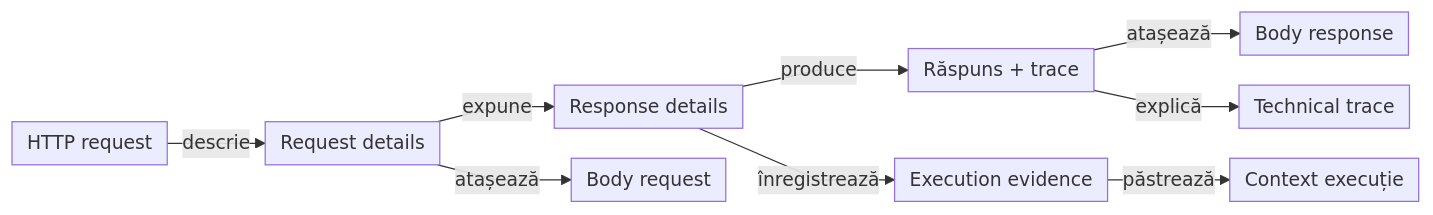
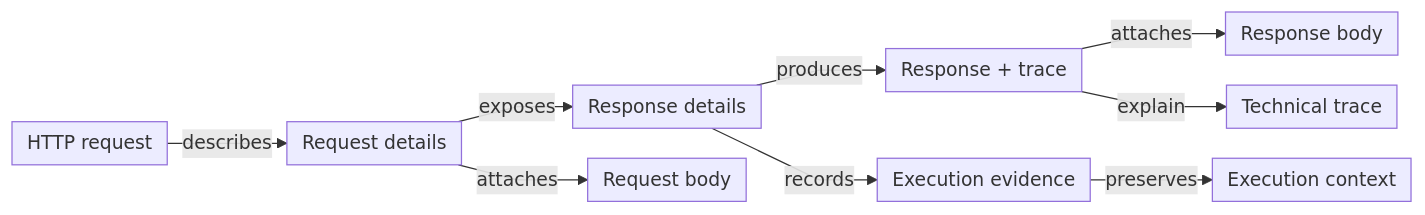
Before and after one commit to crististefanita/atf_j0: the fourth of 11 diagrams in docs/ATF_Reporting_Contract.md, drawn with Mermaid. The commit also changed other lines of this file and 113 other files, not shown here.

````diff
--- a/docs/ATF_Reporting_Contract.md
+++ b/docs/ATF_Reporting_Contract.md
@@ -382,12 +326,12 @@
 ```mermaid
 %%{init: {"themeVariables":{"fontSize":"15px"},"themeCSS":".nodeLabel, .nodeLabel p { font-size: 15px !important; line-height: 1.35 !important; } .edgeLabel, .edgeLabel p { font-size: 12px !important; font-weight: 400 !important; line-height: 1.2 !important; } .edgeLabel .labelBkg, .edgeLabel p { background: transparent !important; } .edgeLabel foreignObject { transform: translateY(-18px); overflow: visible; } .node rect { rx: 6px; ry: 6px; } .edgeLabel [data-id=\"L_ResponseDetails_Execution_0\"] foreignObject { transform: translate(0px, -28px); }","flowchart":{"curve":"linear","nodeSpacing":24,"rankSpacing":24,"padding":6,"diagramPadding":20}}}%%
 flowchart LR
-    Request[HTTP request] -->|descrie| RequestDetails["Request details"]
-    RequestDetails -->|expune| ResponseDetails["Response details"]
-    RequestDetails -->|atașează| RequestBody["Body request"]
-    ResponseDetails -->|produce| ResponseEvidence["Răspuns + trace"]
-    ResponseDetails -->|înregistrează| Execution["Execution evidence"]
-    ResponseEvidence -->|atașează| ResponseBody["Body response"]
-    ResponseEvidence -->|explică| Trace["Technical trace"]
-    Execution -->|păstrează| ExecutionContext["Context execuție"]
+    Request[HTTP request] -->|describes| RequestDetails["Request details"]
+    RequestDetails -->|exposes| ResponseDetails["Response details"]
+    RequestDetails -->|attaches| RequestBody["Request body"]
+    ResponseDetails -->|produces| ResponseEvidence["Response + trace"]
+    ResponseDetails -->|records| Execution["Execution evidence"]
+    ResponseEvidence -->|attaches| ResponseBody["Response body"]
+    ResponseEvidence -->|explain| Trace["Technical trace"]
+    Execution -->|preserves| ExecutionContext["Execution context"]
 ```
````
